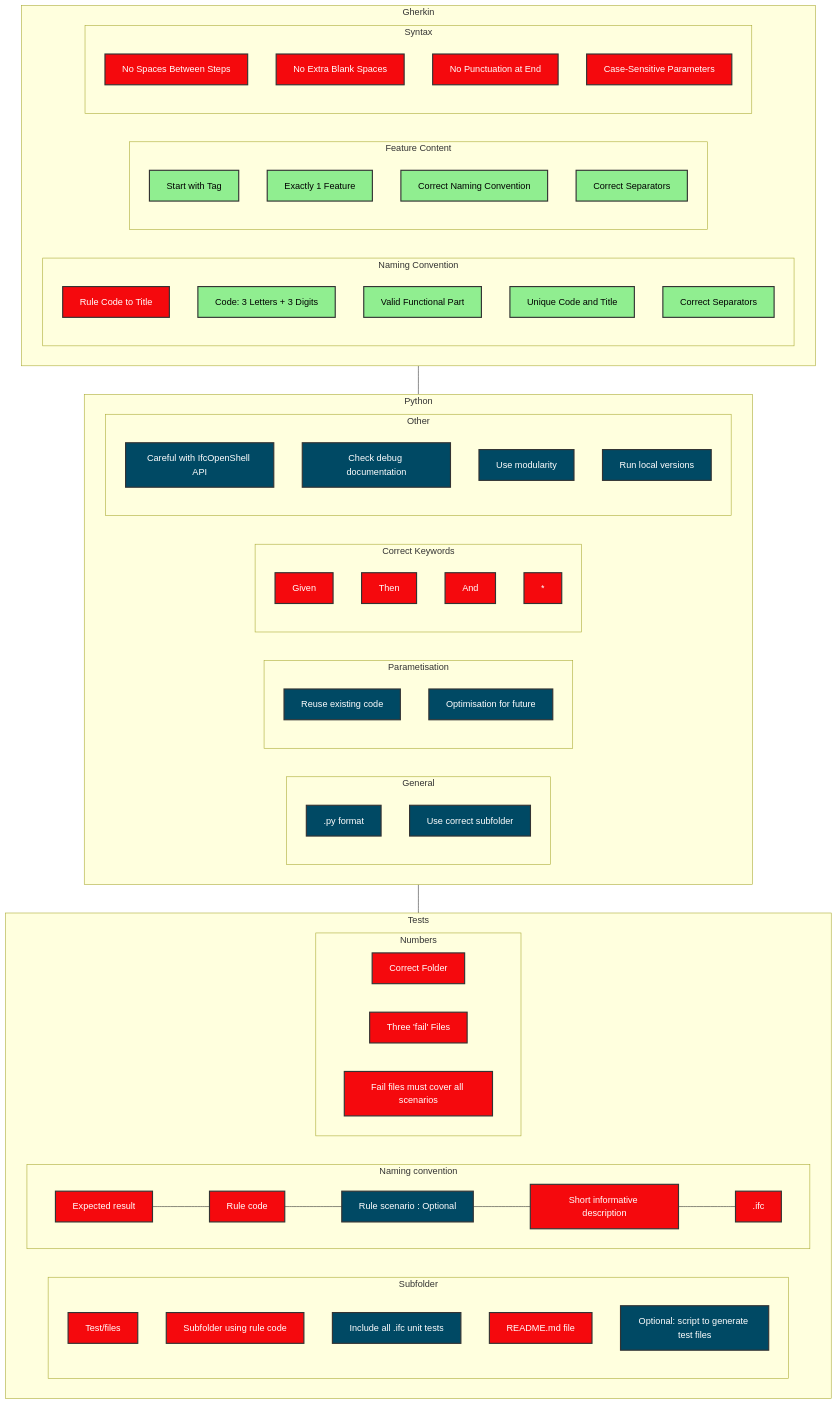
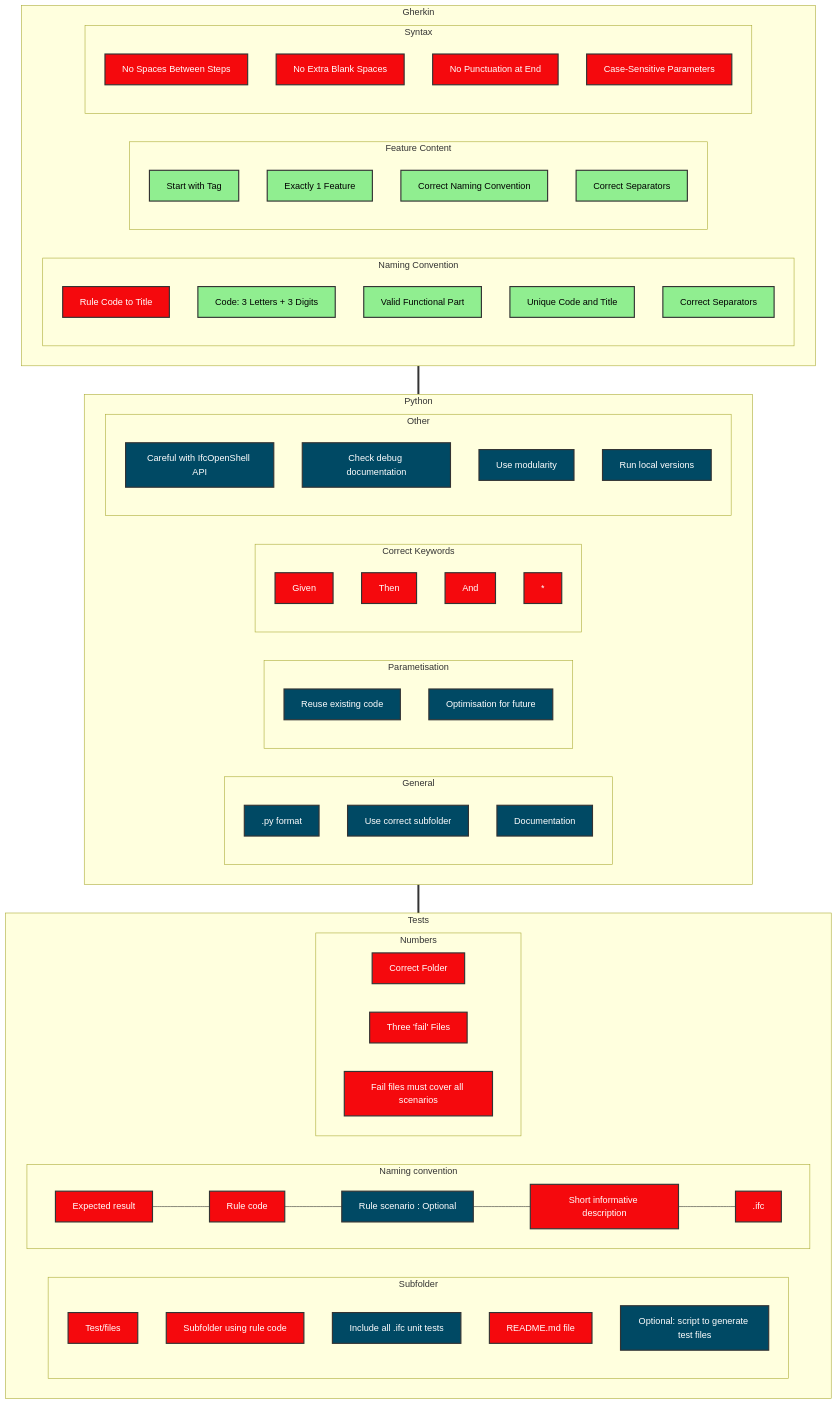
One commit to Ghesselink/Rule_Creation changed the fourth of 4 diagrams in README.md. Above: the diagram before and after it, drawn with Mermaid. The commit also changed other lines of this file and 4 other files, not shown here.

````diff
--- a/README.md
+++ b/README.md
@@ -159,80 +159,81 @@
 ```mermaid
 graph TB
     classDef green fill:#90EE90,stroke:#333,stroke-width:2px, color:black;
     classDef red fill:#F5090D,stroke:#333,stroke-width:2px, color:white;
     classDef blue fill:#004964,stroke:#333,stroke-width:2px, color:white;
     subgraph Gherkin
         subgraph Naming Convention
             A[Rule Code to Title]:::red
             B[Code: 3 Letters + 3 Digits]:::green
             C[Valid Functional Part]:::green
             D[Unique Code and Title]:::green
             E[Correct Separators]:::green
         end
         subgraph Feature Content
             F[Start with Tag]:::green
             G[Exactly 1 Feature]:::green
             H[Correct Naming Convention]:::green
             I[Correct Separators]:::green
         end
         subgraph Syntax
             J[No Spaces Between Steps]:::red
             K[No Extra Blank Spaces]:::red
             L[No Punctuation at End]:::red
             M[Case-Sensitive Parameters]:::red
         end
     end
     subgraph Python
         subgraph General
             BB[.py format]:::blue
             BC[Use correct subfolder]:::blue
+            BCA[Documentation]:::blue
         end
         subgraph Parametisation
             BD[Reuse existing code]:::blue
             BE[Optimisation for future]:::blue
         end
         subgraph Correct Keywords
             BF[Given]:::red
             BG[Then]:::red
             BH[And]:::red
             BI[*]:::red
         end
         subgraph Other
             BJ[Careful with IfcOpenShell API]:::blue
             BK[Check debug documentation]:::blue
             BAA[Use modularity]:::blue
             BAB[Run local versions]:::blue
         end
     end
     subgraph Tests
         subgraph Subfolder
             CA[Test/files]:::red
             CB[Subfolder using rule code]:::red
             CH[Include all .ifc unit tests]:::blue
             CI[README.md file]:::red
             CJ[Optional: script to generate test files]:::blue
         end
         subgraph Naming convention
             direction RL
             CG[.ifc]:::red
             CF[Short informative description]:::red
             CE[Rule scenario : Optional]:::blue
             CD[Rule code]:::red
             CC[Expected result]:::red
         end
         subgraph Numbers
             direction RL
             CZ[At least 1 pass file]:::red
             CX[At least 3 fail files]:::red
             CR[Fail files must cover all scenarios]:::red
         end
         CG --- CF
         CF --- CE
         CE --- CD
         CD --- CC
         CZ[Correct Folder]
         CX[Three 'fail' Files]
     end
-    Gherkin --- Python
-    Python --- Tests
+    Gherkin === Python
+    Python === Tests
 ```
````
